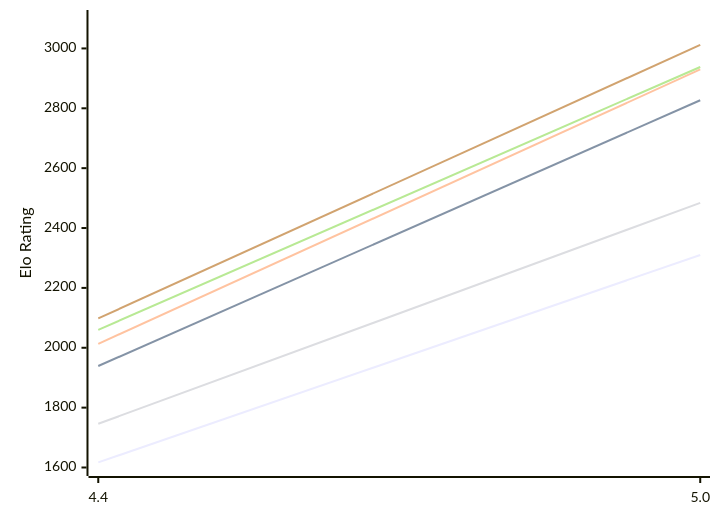
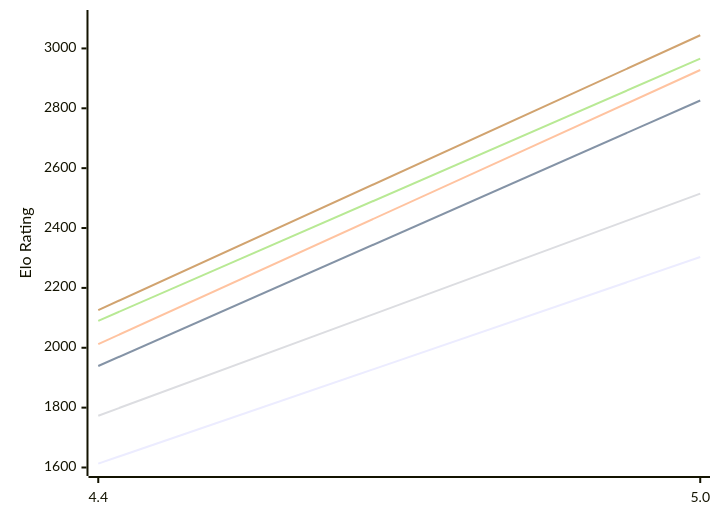
One commit to computer-chess-index/cci changed the first of 2 diagrams in engines/Radiance.md. Above: the diagram before and after it, drawn with Mermaid. The commit also changed other lines of this file, not shown here.

Commit message:
Update CCI Ratings (ELO VLTC) - 2026-11-05

````diff
--- a/engines/Radiance.md
+++ b/engines/Radiance.md
@@ -51,12 +51,12 @@
 ```mermaid
 %%{init: {"theme":"base","themeVariables":{"seriesColors:['#a3a3a3','#222221','#faa371']}}}%%
 xychart-beta
   x-axis ["4.4", "5.0"]
   y-axis "Elo Rating" 1600 --> 3100
-  line "E1: STC (8.0+0.08s)" [1617, 2310]
-  line "E1: LTC (60.0+0.60s)" [1939, 2827]
-  line "E1: VLTC (2m24s+1.12s)" [2013, 2930]
-  line "P1: STC (8.0+0.08s)" [1746, 2484]
-  line "P1: LTC (60.0+0.60s)" [2060, 2938]
-  line "P1: VLTC (2m24s+1.12s)" [2098, 3012]
+  line "E1: STC (8.0+0.08s)" [1613, 2303]
+  line "E1: LTC (60.0+0.60s)" [1939, 2826]
+  line "E1: VLTC (2m24s+1.12s)" [2012, 2928]
+  line "P1: STC (8.0+0.08s)" [1773, 2515]
+  line "P1: LTC (60.0+0.60s)" [2090, 2966]
+  line "P1: VLTC (2m24s+1.12s)" [2126, 3044]
 ```
````
